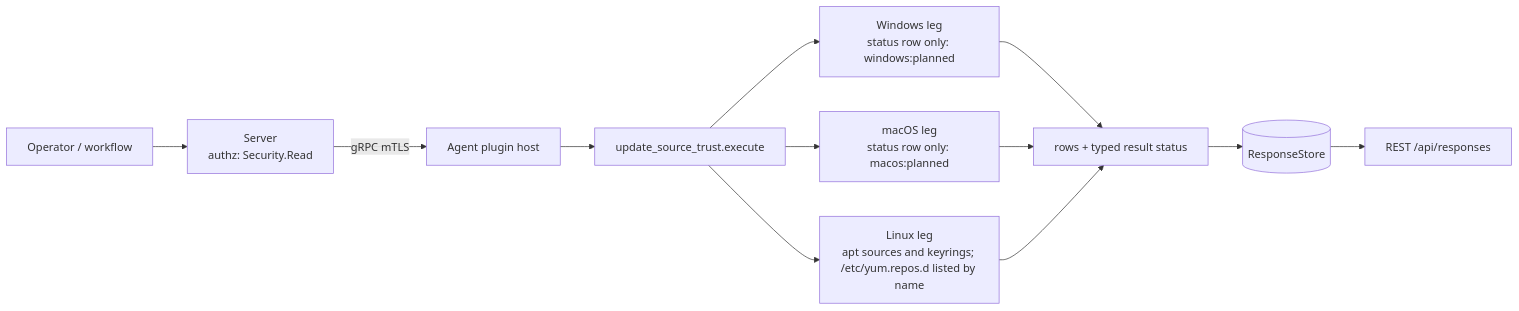
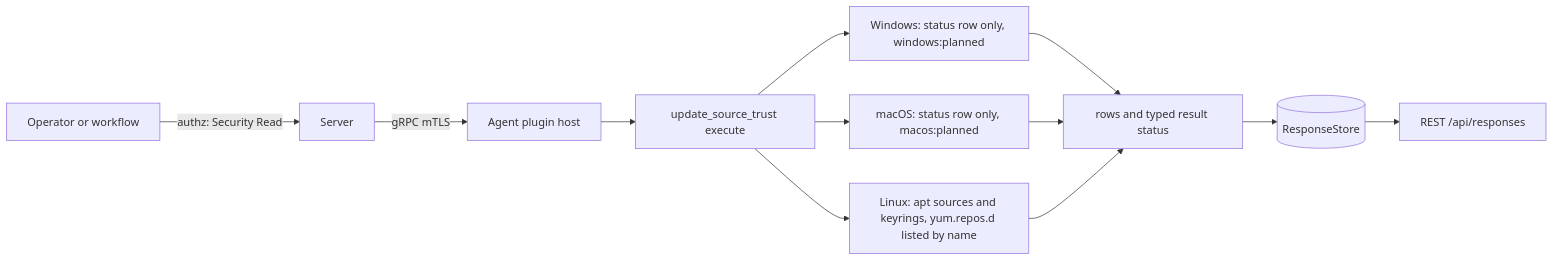
Before and after one commit to DevNullLtd/Yuzu: the first of 2 diagrams in agents/plugins/update_source_trust/README.md, drawn with Mermaid. The commit also changed other lines of this file and 5 other files, not shown here.

Commit message:
docs(plugins): refresh the tags, update_source_trust and filesystem_posture READMEs

````diff
--- a/agents/plugins/update_source_trust/README.md
+++ b/agents/plugins/update_source_trust/README.md
@@ -21,9 +23,12 @@
 ```mermaid
 flowchart LR
-  OP[Operator / workflow] --> SRV[Server<br/>authz: Security.Read]
-  SRV -- gRPC mTLS --> HOST[Agent plugin host] --> EX[update_source_trust.execute]
-  EX --> WIN[Windows leg<br/>status row only: windows:planned]
-  EX --> MAC[macOS leg<br/>status row only: macos:planned]
-  EX --> LIN[Linux leg<br/>apt sources and keyrings; /etc/yum.repos.d listed by name]
-  WIN & MAC & LIN --> ROWS[rows + typed result status] --> RS[(ResponseStore)] --> API[REST /api/responses]
+  OP["Operator or workflow"] -->|"authz: Security Read"| SRV["Server"]
+  SRV -->|"gRPC mTLS"| HOST["Agent plugin host"] --> EX["update_source_trust execute"]
+  EX --> WIN["Windows: status row only, windows:planned"]
+  EX --> MAC["macOS: status row only, macos:planned"]
+  EX --> LIN["Linux: apt sources and keyrings, yum.repos.d listed by name"]
+  WIN --> ROWS["rows and typed result status"]
+  MAC --> ROWS
+  LIN --> ROWS
+  ROWS --> RS[("ResponseStore")] --> API["REST /api/responses"]
 ```
````
